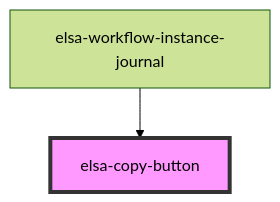
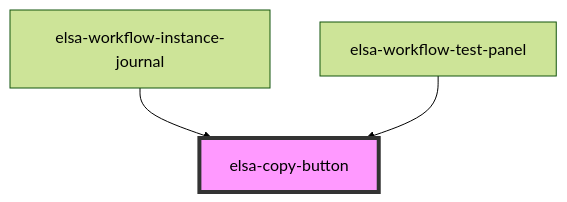
One commit to elsa-workflows/elsa-core changed the diagram in src/designer/elsa-workflows-studio/src/components/shared/elsa-copy-button/readme.md. Above: the diagram before and after it, drawn with Mermaid (forest theme). The commit also changed other lines of this file and 8 other files, not shown here.

````diff
--- a/src/designer/elsa-workflows-studio/src/components/shared/elsa-copy-button/readme.md
+++ b/src/designer/elsa-workflows-studio/src/components/shared/elsa-copy-button/readme.md
@@ -22,5 +23,6 @@
 ```mermaid
 graph TD;
   elsa-workflow-instance-journal --> elsa-copy-button
+  elsa-workflow-test-panel --> elsa-copy-button
   style elsa-copy-button fill:#f9f,stroke:#333,stroke-width:4px
 ```
````
